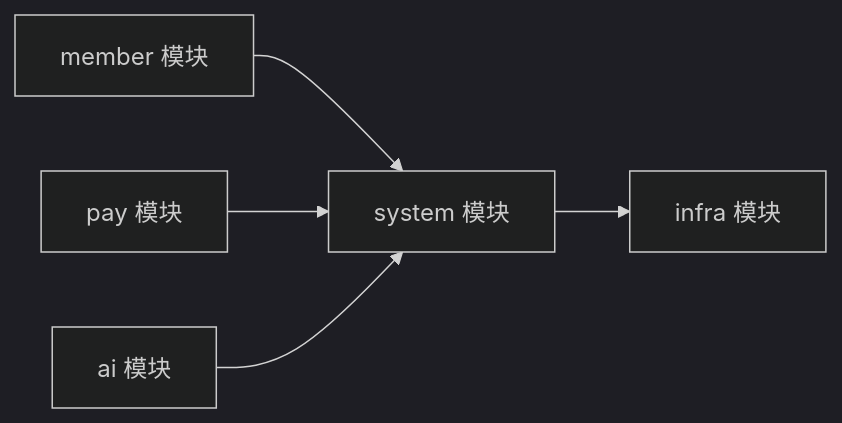
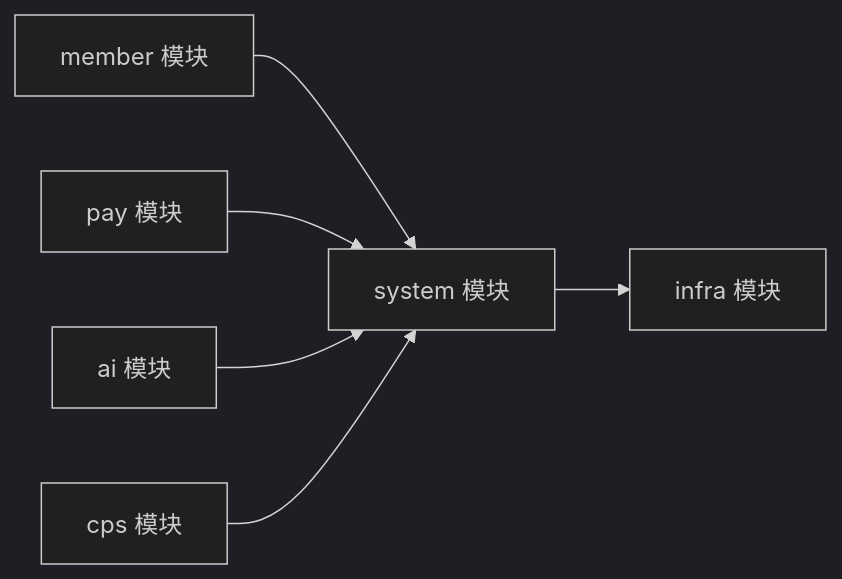
The third of 7 diagrams in .qoder/repowiki/zh/content/后端服务架构/业务模块概览/业务模块概览.md (zhuangpengLI/AgenticCPS), drawn with Mermaid (dark theme) before and after one commit. The commit also changed other lines of this file and 42 other files, not shown here.

````diff
--- a/.qoder/repowiki/zh/content/后端服务架构/业务模块概览/业务模块概览.md
+++ b/.qoder/repowiki/zh/content/后端服务架构/业务模块概览/业务模块概览.md
@@ -116,7 +138,8 @@
 ```mermaid
 graph LR
 Sys["system 模块"] --> Infra["infra 模块"]
 Mem["member 模块"] --> Sys
 Pay["pay 模块"] --> Sys
 Ai["ai 模块"] --> Sys
+Cps["cps 模块"] --> Sys
 ```
````
